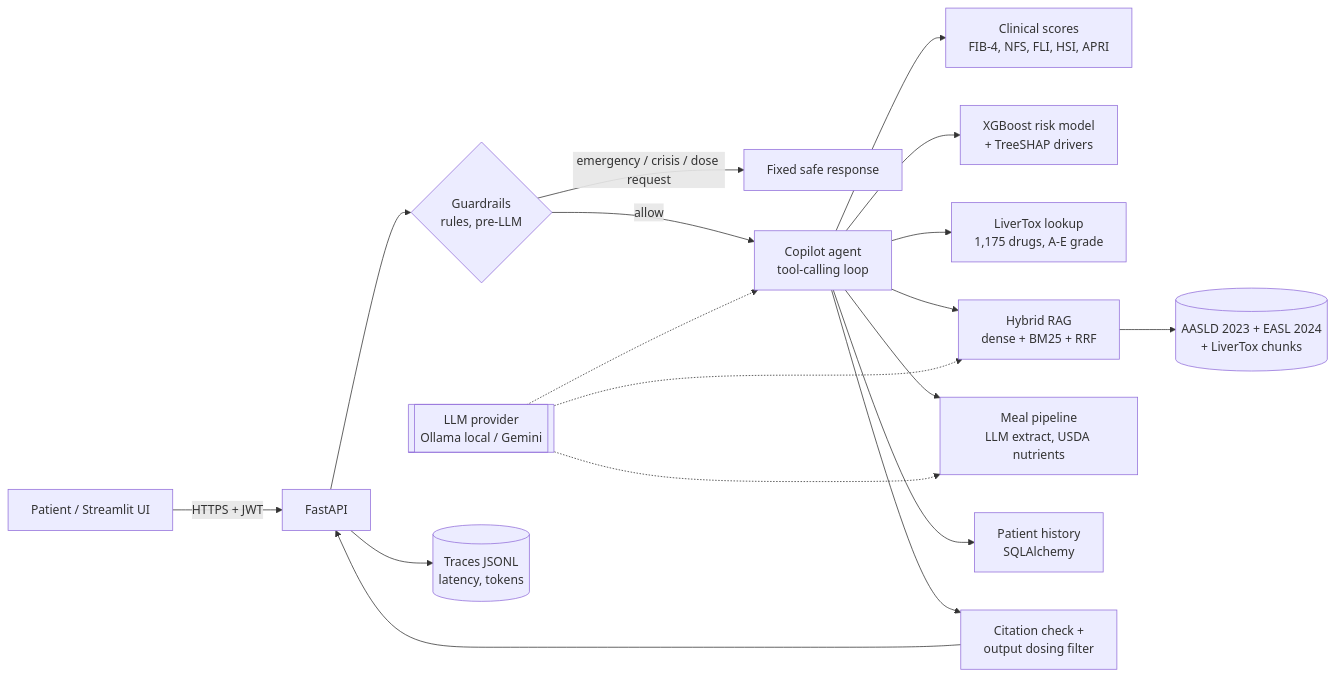
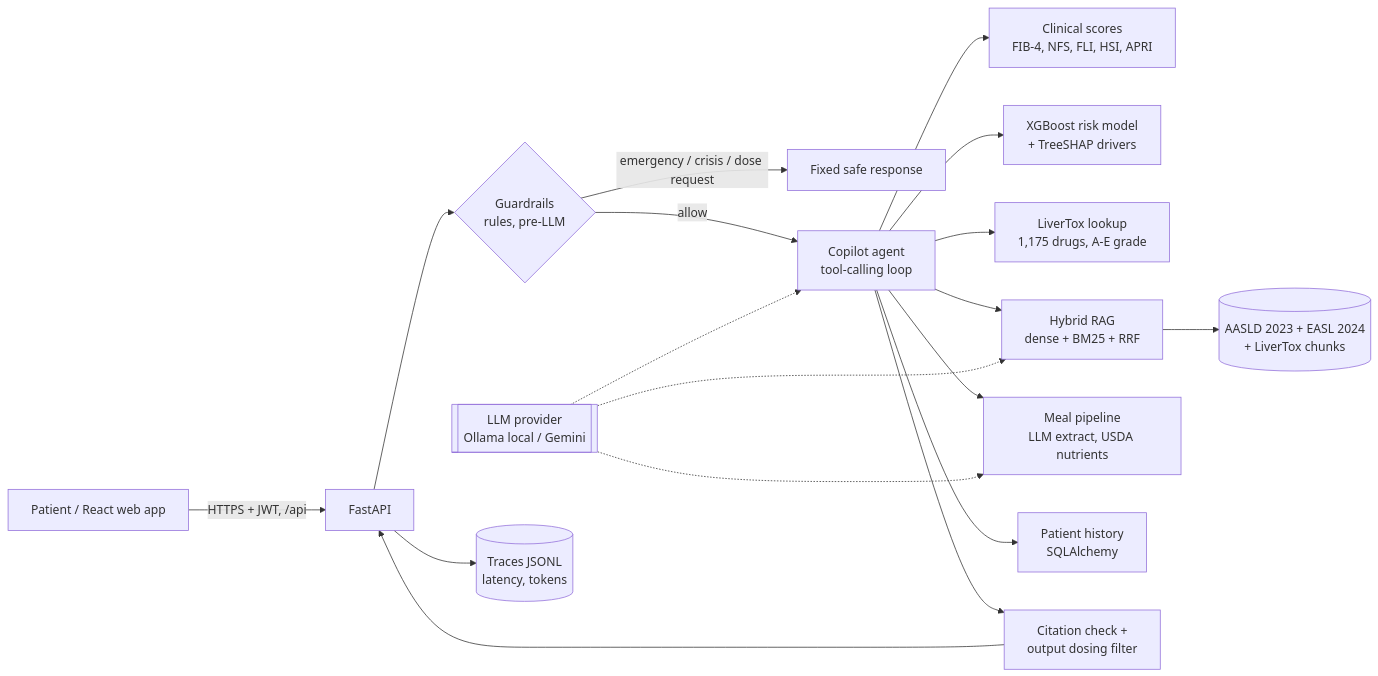
One commit to akhilll0305/liverbuddy changed the diagram in docs/ARCHITECTURE.md. Above: the diagram before and after it, drawn with Mermaid. The commit also changed other lines of this file and 1 other file, not shown here.

Commit message:
docs: add screenshots and update setup for the React web app

````diff
--- a/docs/ARCHITECTURE.md
+++ b/docs/ARCHITECTURE.md
@@ -7,20 +7,20 @@
 ```mermaid
 flowchart LR
-    U[Patient / Streamlit UI] -->|HTTPS + JWT| API[FastAPI]
+    U[Patient / React web app] -->|HTTPS + JWT, /api| API[FastAPI]
     API --> G{Guardrails<br/>rules, pre-LLM}
     G -->|emergency / crisis / dose request| FIX[Fixed safe response]
     G -->|allow| AG[Copilot agent<br/>tool-calling loop]
     AG --> T1[Clinical scores<br/>FIB-4, NFS, FLI, HSI, APRI]
     AG --> T2[XGBoost risk model<br/>+ TreeSHAP drivers]
     AG --> T3[LiverTox lookup<br/>1,175 drugs, A-E grade]
     AG --> T4[Hybrid RAG<br/>dense + BM25 + RRF]
     AG --> T5[Meal pipeline<br/>LLM extract, USDA nutrients]
     AG --> T6[Patient history<br/>SQLAlchemy]
     T4 --> IDX[(AASLD 2023 + EASL 2024<br/>+ LiverTox chunks)]
     AG --> CHK[Citation check +<br/>output dosing filter]
     CHK --> API
     LLM[[LLM provider<br/>Ollama local / Gemini]] -.-> AG
     LLM -.-> T4
     LLM -.-> T5
     API --> TR[(Traces JSONL<br/>latency, tokens)]
 ```
````
